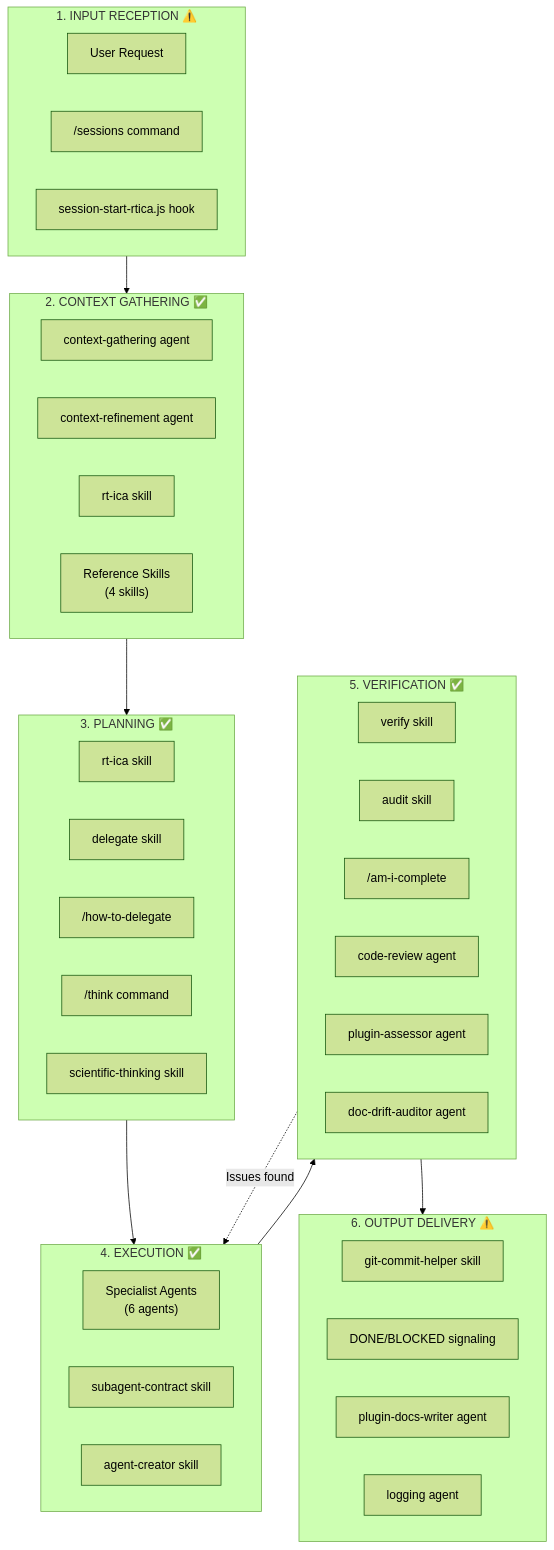
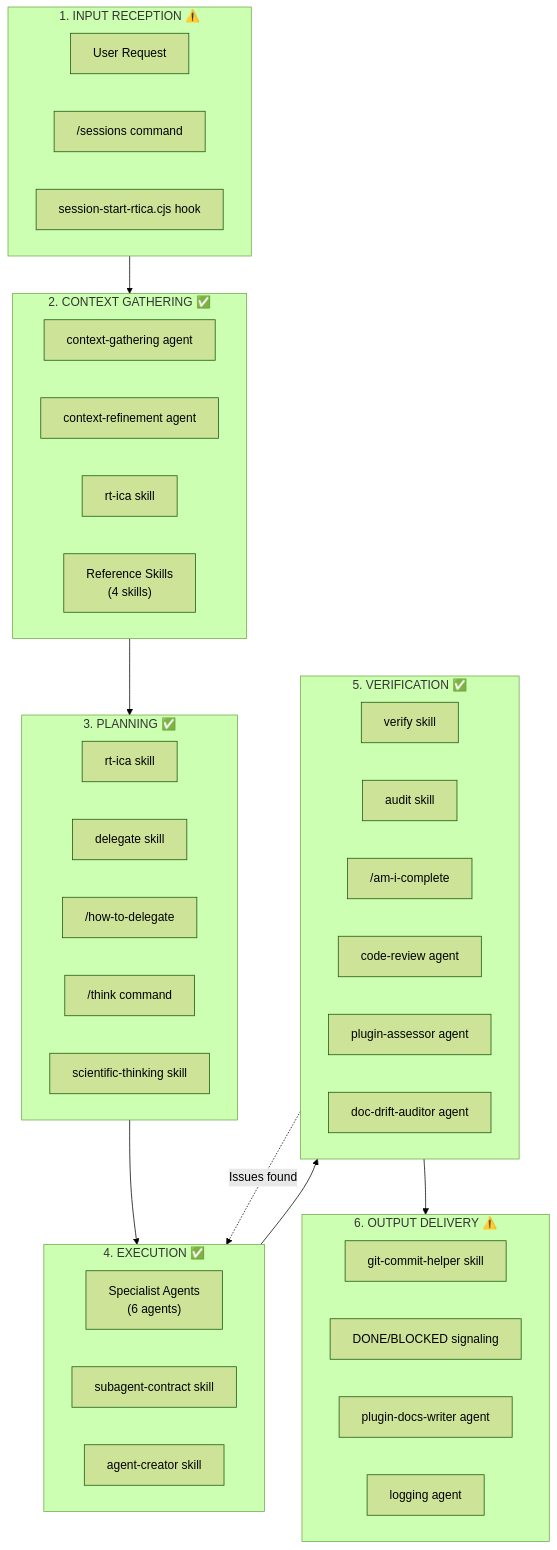
Before and after one commit to chgreer1070/claude_skills: the first of 7 diagrams in .claude/knowledge/workflow-diagrams/master-workflow.md, drawn with Mermaid (forest theme). The commit also changed other lines of this file and 24 other files, not shown here.

First line of the commit message:
refactor(hooks): rename all hook scripts from .js to .cjs for ESM compatibility

````diff
--- a/.claude/knowledge/workflow-diagrams/master-workflow.md
+++ b/.claude/knowledge/workflow-diagrams/master-workflow.md
@@ -9,52 +9,52 @@
 ```mermaid
 flowchart TB
     subgraph INPUT["1. INPUT RECEPTION ⚠️"]
         I1[User Request]
         I2["/sessions command"]
-        I3["session-start-rtica.js hook"]
+        I3["session-start-rtica.cjs hook"]
     end
 
     subgraph CONTEXT["2. CONTEXT GATHERING ✅"]
         C1["context-gathering agent"]
         C2["context-refinement agent"]
         C3["rt-ica skill"]
         C4["Reference Skills<br/>(4 skills)"]
     end
 
     subgraph PLANNING["3. PLANNING ✅"]
         P1["rt-ica skill"]
         P2["delegate skill"]
         P3["/how-to-delegate"]
         P4["/think command"]
         P5["scientific-thinking skill"]
     end
 
     subgraph EXECUTION["4. EXECUTION ✅"]
         E1["Specialist Agents<br/>(6 agents)"]
         E2["subagent-contract skill"]
         E3["agent-creator skill"]
     end
 
     subgraph VERIFICATION["5. VERIFICATION ✅"]
         V1["verify skill"]
         V2["audit skill"]
         V3["/am-i-complete"]
         V4["code-review agent"]
         V5["plugin-assessor agent"]
         V6["doc-drift-auditor agent"]
     end
 
     subgraph OUTPUT["6. OUTPUT DELIVERY ⚠️"]
         O1["git-commit-helper skill"]
         O2["DONE/BLOCKED signaling"]
         O3["plugin-docs-writer agent"]
         O4["logging agent"]
     end
 
     INPUT --> CONTEXT
     CONTEXT --> PLANNING
     PLANNING --> EXECUTION
     EXECUTION --> VERIFICATION
     VERIFICATION --> OUTPUT
     VERIFICATION -.->|"Issues found"| EXECUTION
 ```
````
